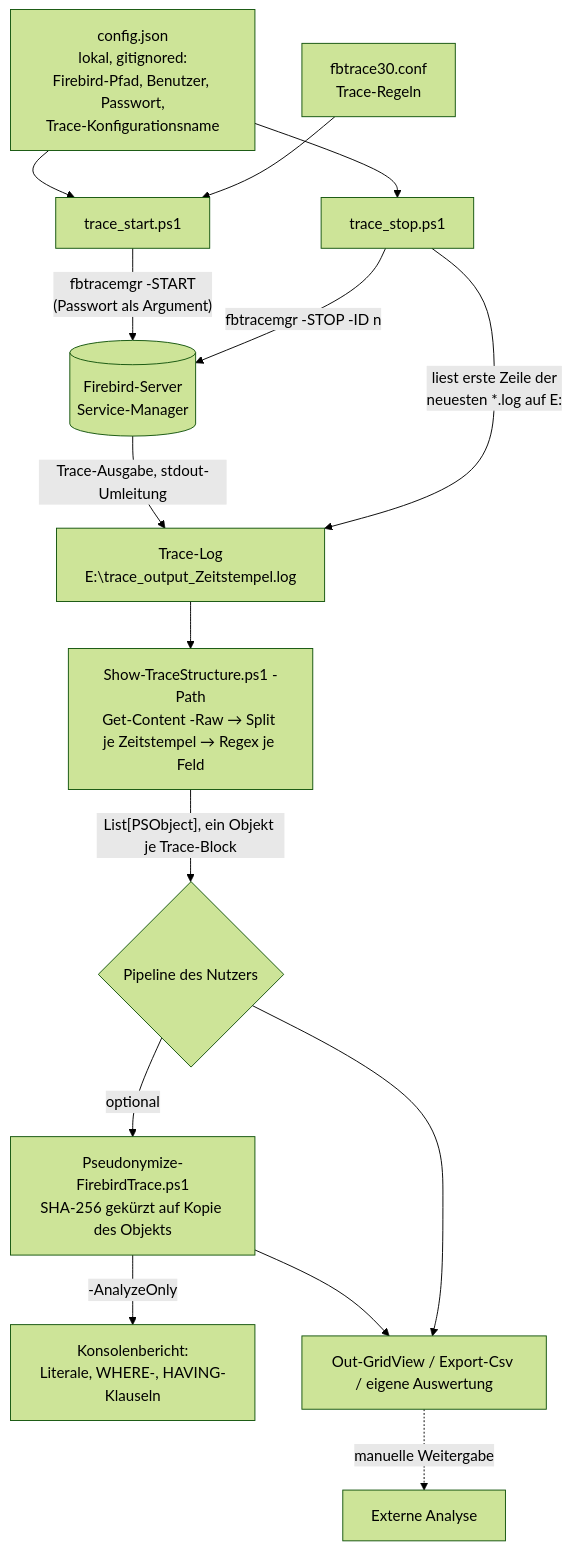
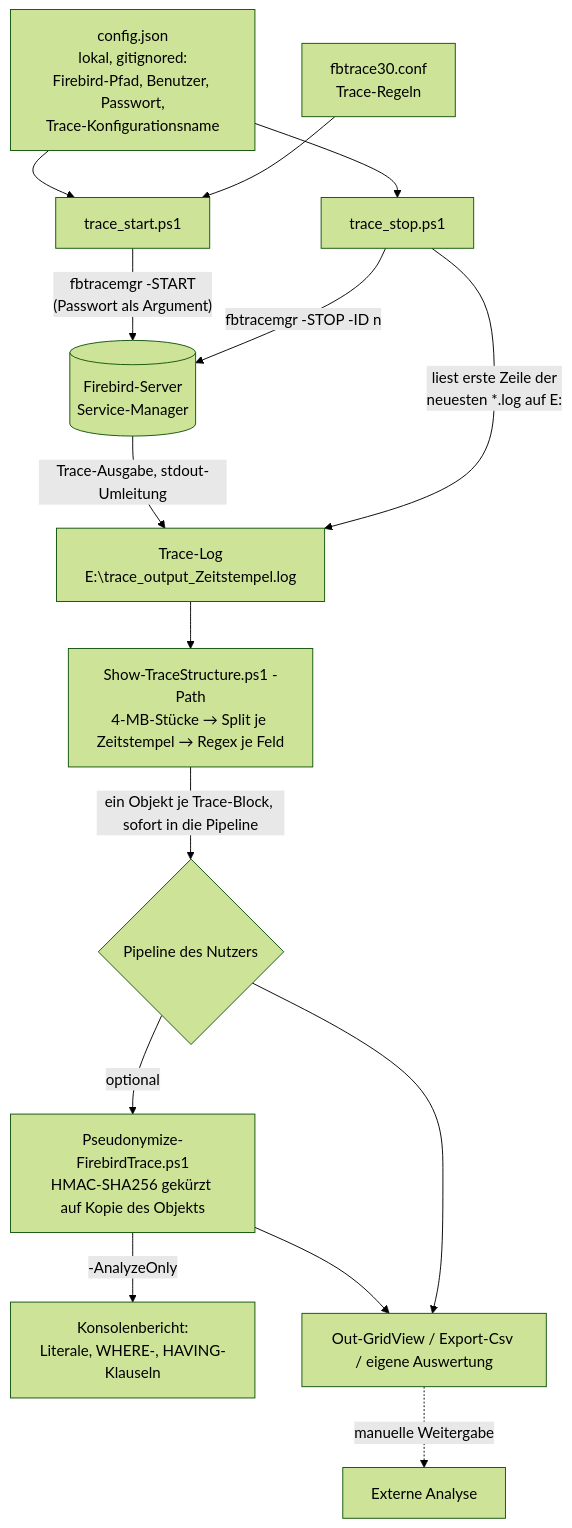
The diagram in docs/architecture/OVERVIEW.md (gitnol/PSFirebirdTraceParser), drawn with Mermaid (forest theme) before and after one commit. The commit also changed other lines of this file and 20 other files, not shown here.

````diff
--- a/docs/architecture/OVERVIEW.md
+++ b/docs/architecture/OVERVIEW.md
@@ -45,17 +45,17 @@
 ```mermaid
 flowchart TD
     CFG[config.json<br/>lokal, gitignored:<br/>Firebird-Pfad, Benutzer, Passwort,<br/>Trace-Konfigurationsname] --> START
     TCONF[fbtrace30.conf<br/>Trace-Regeln] --> START
     START[trace_start.ps1] -->|"fbtracemgr -START<br/>(Passwort als Argument)"| FB[(Firebird-Server<br/>Service-Manager)]
     FB -->|Trace-Ausgabe, stdout-Umleitung| LOG[Trace-Log<br/>E:\trace_output_Zeitstempel.log]
     STOP[trace_stop.ps1] -->|liest erste Zeile der<br/>neuesten *.log auf E:| LOG
     STOP -->|"fbtracemgr -STOP -ID n"| FB
     CFG --> STOP
-    LOG --> PARSE[Show-TraceStructure.ps1 -Path<br/>Get-Content -Raw → Split je Zeitstempel → Regex je Feld]
-    PARSE -->|"List[PSObject], ein Objekt je Trace-Block"| PIPE{Pipeline des Nutzers}
-    PIPE -->|optional| PSEUDO[Pseudonymize-FirebirdTrace.ps1<br/>SHA-256 gekürzt auf Kopie des Objekts]
+    LOG --> PARSE[Show-TraceStructure.ps1 -Path<br/>4-MB-Stücke → Split je Zeitstempel → Regex je Feld]
+    PARSE -->|"ein Objekt je Trace-Block, sofort in die Pipeline"| PIPE{Pipeline des Nutzers}
+    PIPE -->|optional| PSEUDO[Pseudonymize-FirebirdTrace.ps1<br/>HMAC-SHA256 gekürzt auf Kopie des Objekts]
     PSEUDO -->|-AnalyzeOnly| REPORT[Konsolenbericht:<br/>Literale, WHERE-, HAVING-Klauseln]
     PSEUDO --> OUT
     PIPE --> OUT[Out-GridView / Export-Csv / eigene Auswertung]
     OUT -.->|manuelle Weitergabe| EXT[Externe Analyse]
 ```
````
